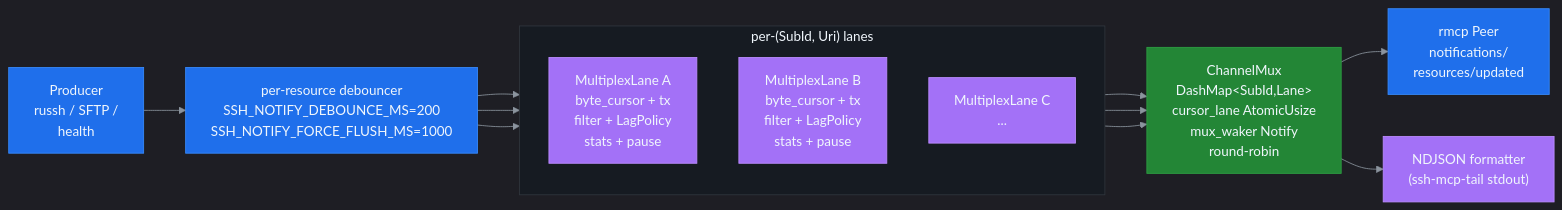
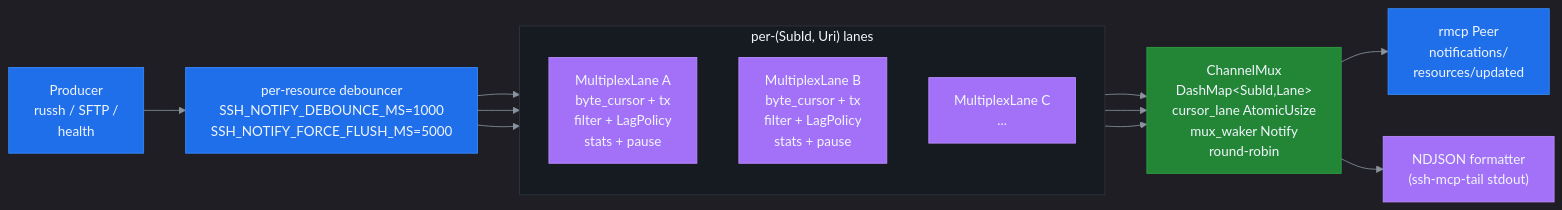
One commit to farchanjo/ssh-mcp changed the fourth of 10 diagrams in docs/ARCHITECTURE.md. Above: the diagram before and after it, drawn with Mermaid. The commit also changed other lines of this file and 5 other files, not shown here.

First line of the commit message:
docs(notify): sync debounce/flush defaults to 1000/5000 ms

````diff
--- a/docs/ARCHITECTURE.md
+++ b/docs/ARCHITECTURE.md
@@ -380,37 +380,37 @@
 ```mermaid
 %%{init: {'theme':'dark','themeVariables':{'primaryColor':'#1f6feb','primaryTextColor':'#f0f6fc','primaryBorderColor':'#388bfd','lineColor':'#8b949e','secondaryColor':'#161b22','tertiaryColor':'#21262d','background':'#0d1117','mainBkg':'#161b22','secondBkg':'#21262d','tertiaryBkg':'#0d1117','nodeTextColor':'#f0f6fc','edgeLabelBackground':'#21262d','clusterBkg':'#161b22','clusterBorder':'#30363d','titleColor':'#f0f6fc'}}}%%
 flowchart LR
     Prod["Producer<br/>russh / SFTP /<br/>health"]
-    Deb["per-resource debouncer<br/>SSH_NOTIFY_DEBOUNCE_MS=200<br/>SSH_NOTIFY_FORCE_FLUSH_MS=1000"]
+    Deb["per-resource debouncer<br/>SSH_NOTIFY_DEBOUNCE_MS=1000<br/>SSH_NOTIFY_FORCE_FLUSH_MS=5000"]
 
     subgraph LANES["per-(SubId, Uri) lanes"]
         direction TB
         L1["MultiplexLane A<br/>byte_cursor + tx<br/>filter + LagPolicy<br/>stats + pause"]
         L2["MultiplexLane B<br/>byte_cursor + tx<br/>filter + LagPolicy<br/>stats + pause"]
         L3["MultiplexLane C<br/>..."]
     end
 
     Mux["ChannelMux<br/>DashMap&lt;SubId,Lane&gt;<br/>cursor_lane AtomicUsize<br/>mux_waker Notify<br/>round-robin"]
     OutA["rmcp Peer<br/>notifications/<br/>resources/updated"]
     OutB["NDJSON formatter<br/>(ssh-mcp-tail stdout)"]
 
     Prod --> Deb
     Deb --> L1
     Deb --> L2
     Deb --> L3
     L1 --> Mux
     L2 --> Mux
     L3 --> Mux
     Mux --> OutA
     Mux --> OutB
 
     style Prod fill:#1f6feb,color:#f0f6fc,stroke:#388bfd
     style Deb fill:#1f6feb,color:#f0f6fc,stroke:#388bfd
     style L1 fill:#a371f7,color:#f0f6fc,stroke:#bc8cff
     style L2 fill:#a371f7,color:#f0f6fc,stroke:#bc8cff
     style L3 fill:#a371f7,color:#f0f6fc,stroke:#bc8cff
     style Mux fill:#238636,color:#f0f6fc,stroke:#2ea043
     style OutA fill:#1f6feb,color:#f0f6fc,stroke:#388bfd
     style OutB fill:#a371f7,color:#f0f6fc,stroke:#bc8cff
     style LANES fill:#161b22,color:#f0f6fc,stroke:#30363d
 ```
````
